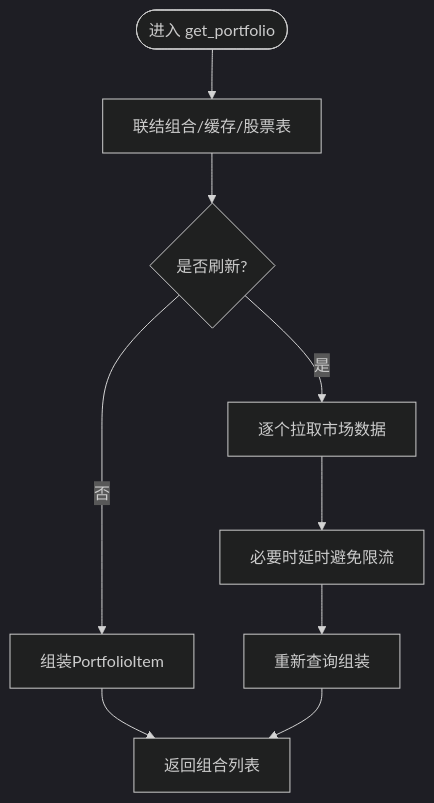
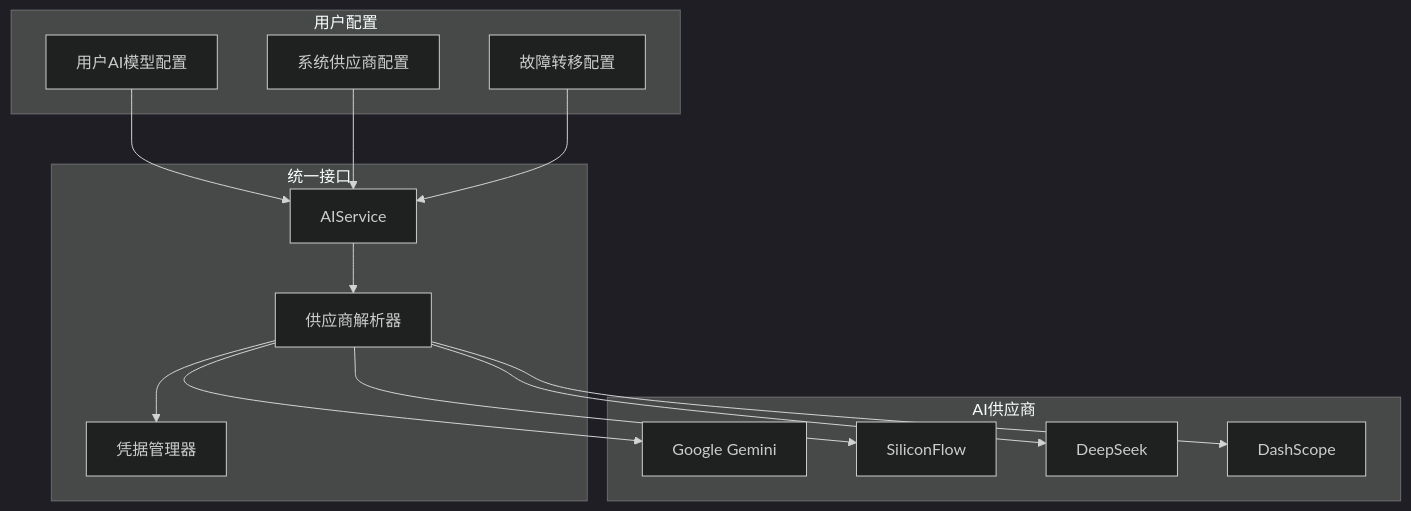
One commit to breeze-lyf/ai-stock-advisor changed the third of 6 diagrams in .qoder/repowiki/zh/content/系统架构/系统架构.md. Above: the diagram before and after it, drawn with Mermaid (dark theme). The commit also changed other lines of this file and 43 other files, not shown here.

````diff
--- a/.qoder/repowiki/zh/content/系统架构/系统架构.md
+++ b/.qoder/repowiki/zh/content/系统架构/系统架构.md
@@ -175,11 +249,28 @@
 ```mermaid
-flowchart TD
-Start(["进入 get_portfolio"]) --> Join["联结组合/缓存/股票表"]
-Join --> NeedRefresh{"是否刷新?"}
-NeedRefresh -- "否" --> BuildItems["组装PortfolioItem"]
-NeedRefresh -- "是" --> FetchLoop["逐个拉取市场数据"]
-FetchLoop --> Sleep["必要时延时避免限流"]
-Sleep --> RefreshQuery["重新查询组装"]
-BuildItems --> Return["返回组合列表"]
-RefreshQuery --> Return
+graph TB
+subgraph "AI供应商"
+Provider_Gemini["Google Gemini"]
+Provider_SiliconFlow["SiliconFlow"]
+Provider_DeepSeek["DeepSeek"]
+Provider_DashScope["DashScope"]
+end
+subgraph "统一接口"
+AIService["AIService"]
+ProviderResolver["供应商解析器"]
+CredentialManager["凭据管理器"]
+end
+subgraph "用户配置"
+UserConfig["用户AI模型配置"]
+SystemConfig["系统供应商配置"]
+FallbackConfig["故障转移配置"]
+end
+UserConfig --> AIService
+SystemConfig --> AIService
+FallbackConfig --> AIService
+AIService --> ProviderResolver
+ProviderResolver --> CredentialManager
+ProviderResolver --> Provider_Gemini
+ProviderResolver --> Provider_SiliconFlow
+ProviderResolver --> Provider_DeepSeek
+ProviderResolver --> Provider_DashScope
 ```
````
